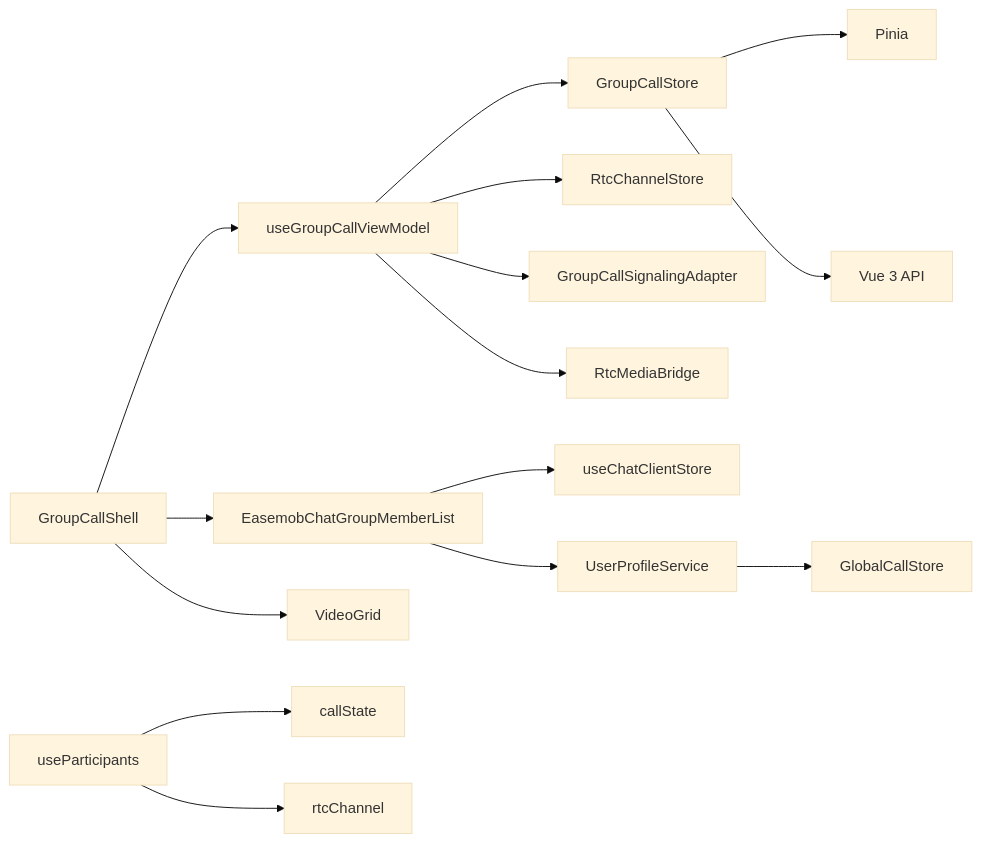
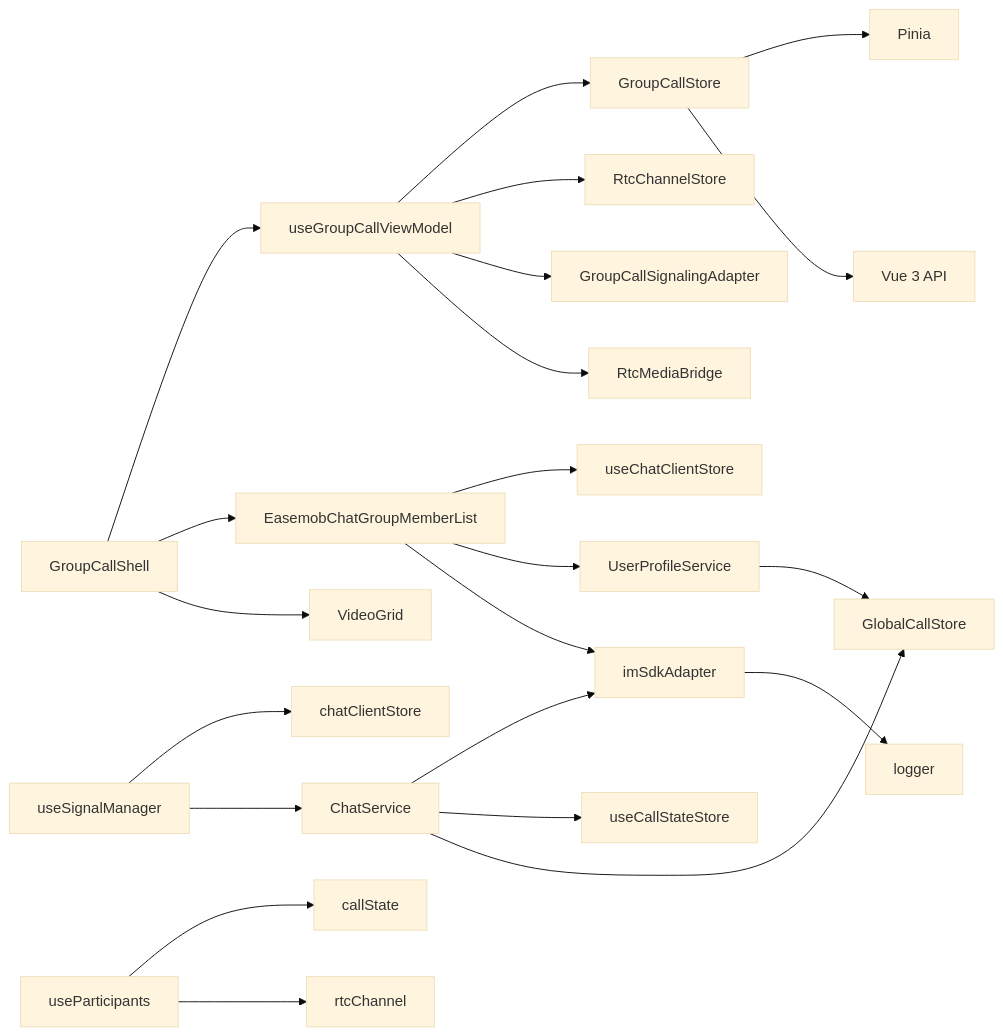
One commit to Easemob-Community/easemob-uikit-callkit-vue3 changed diagram 12 of 12 in .qoder/repowiki/zh/content/核心组件/群组通话组件/群组成员管理.md. Above: the diagram before and after it, drawn with Mermaid (base theme). The commit also changed other lines of this file and 58 other files, not shown here.

````diff
--- a/.qoder/repowiki/zh/content/核心组件/群组通话组件/群组成员管理.md
+++ b/.qoder/repowiki/zh/content/核心组件/群组通话组件/群组成员管理.md
@@ -503,17 +776,24 @@
 ```mermaid
 graph LR
 GCS["GroupCallStore"] --> Pinia["Pinia"]
 GCS --> Vue["Vue 3 API"]
 GVM["useGroupCallViewModel"] --> GCS
 GVM --> RtcChannel["RtcChannelStore"]
 GVM --> Signaling["GroupCallSignalingAdapter"]
 GVM --> MediaBridge["RtcMediaBridge"]
 GCSH["GroupCallShell"] --> GVM
 GCSH --> MemberList["EasemobChatGroupMemberList"]
 GCSH --> VideoGrid["VideoGrid"]
 MemberList --> ChatClient["useChatClientStore"]
 MemberList --> ProfileService["UserProfileService"]
+MemberList --> Adapter["imSdkAdapter"]
 ProfileService --> GlobalCall["GlobalCallStore"]
+ChatService --> Adapter
+ChatService --> CallState["useCallStateStore"]
+ChatService --> GlobalCall
+SignalMgr["useSignalManager"] --> ChatClientStore["chatClientStore"]
+SignalMgr --> ChatService
+Adapter --> Logger["logger"]
 UP["useParticipants"] --> CS["callState"]
 UP --> RC["rtcChannel"]
 ```
````
